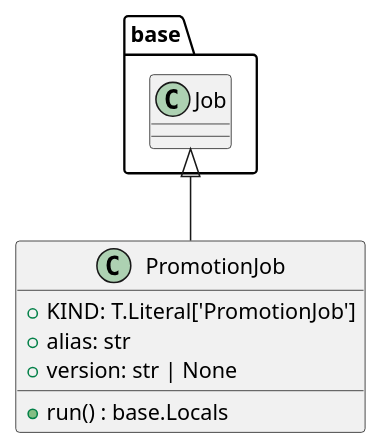
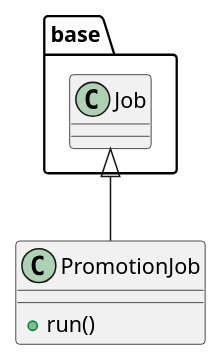
The diagram in openwiki/src/autogen_team/application/jobs/promotion.md (lgcorzo/llmops-python-package), drawn with PlantUML before and after one commit. The commit also changed other lines of this file and 77 other files, not shown here.

````diff
--- a/openwiki/src/autogen_team/application/jobs/promotion.md
+++ b/openwiki/src/autogen_team/application/jobs/promotion.md
@@ -48,11 +78,8 @@
 ```plantuml
 @startuml
-    base.Job <|-- PromotionJob
-    class PromotionJob {
-        +KIND: T.Literal['PromotionJob']
-        +alias: str
-        +version: str | None
-        +run() : base.Locals
-    }
+class PromotionJob {
+  + run()
+}
+base.Job <|-- PromotionJob
 @enduml
 ```
````
